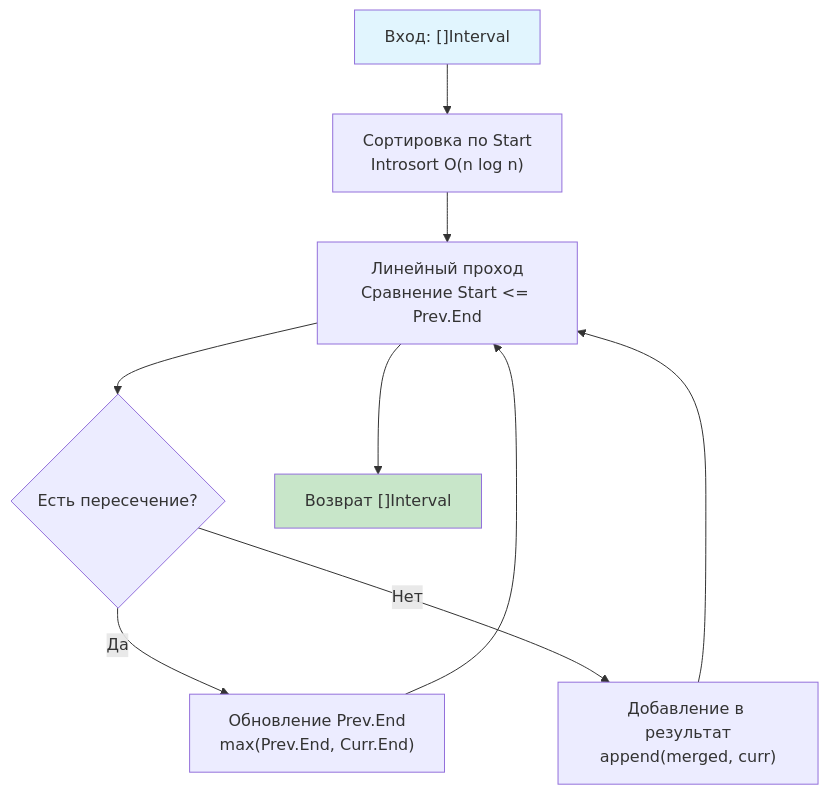
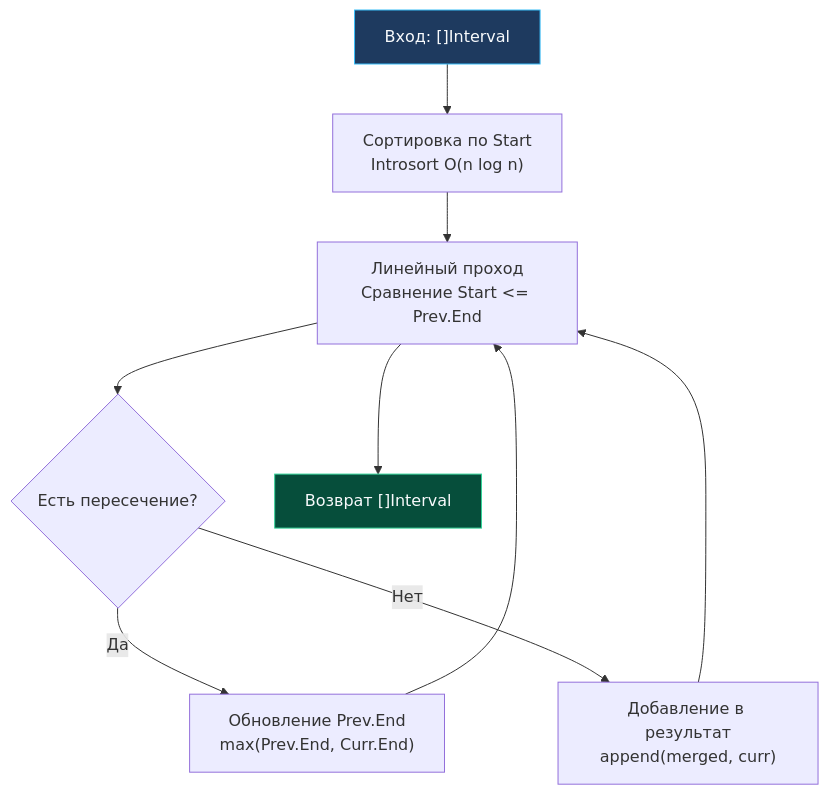
Before and after one commit to UnrealTemplier/go-textbook: the diagram in sources/21. Задачи с LeetCode и собеседований на Go/02. Задачи/23. Интервалы/1. Теория. Интервальные задачи.md, drawn with Mermaid. The commit also changed 310 other files, not shown here.

First line of the commit message:
fix(mermaid): replace light fill colors with dark palette for readability on dark theme

````diff
--- a/sources/21. Задачи с LeetCode и собеседований на Go/02. Задачи/23. Интервалы/1. Теория. Интервальные задачи.md
+++ b/sources/21. Задачи с LeetCode и собеседований на Go/02. Задачи/23. Интервалы/1. Теория. Интервальные задачи.md
@@ -129,14 +129,14 @@
 ```mermaid
 flowchart TD
     Start["Вход: []Interval"] --> Sort["Сортировка по Start<br>Introsort O(n log n)"]
     Sort --> Loop["Линейный проход<br>Сравнение Start <= Prev.End"]
     Loop --> Merge{"Есть пересечение?"}
     Merge -- "Да" --> Update["Обновление Prev.End<br>max(Prev.End, Curr.End)"]
     Update --> Loop
     Merge -- "Нет" --> Push["Добавление в результат<br>append(merged, curr)"]
     Push --> Loop
     Loop --> Finish["Возврат []Interval"]
     
-    style Start fill:#e1f5fe
-    style Finish fill:#c8e6c9
+    style Start fill:#1e3a5f,stroke:#38bdf8,color:#f8fafc
+    style Finish fill:#064e3b,stroke:#34d399,color:#f8fafc
 ```
````
